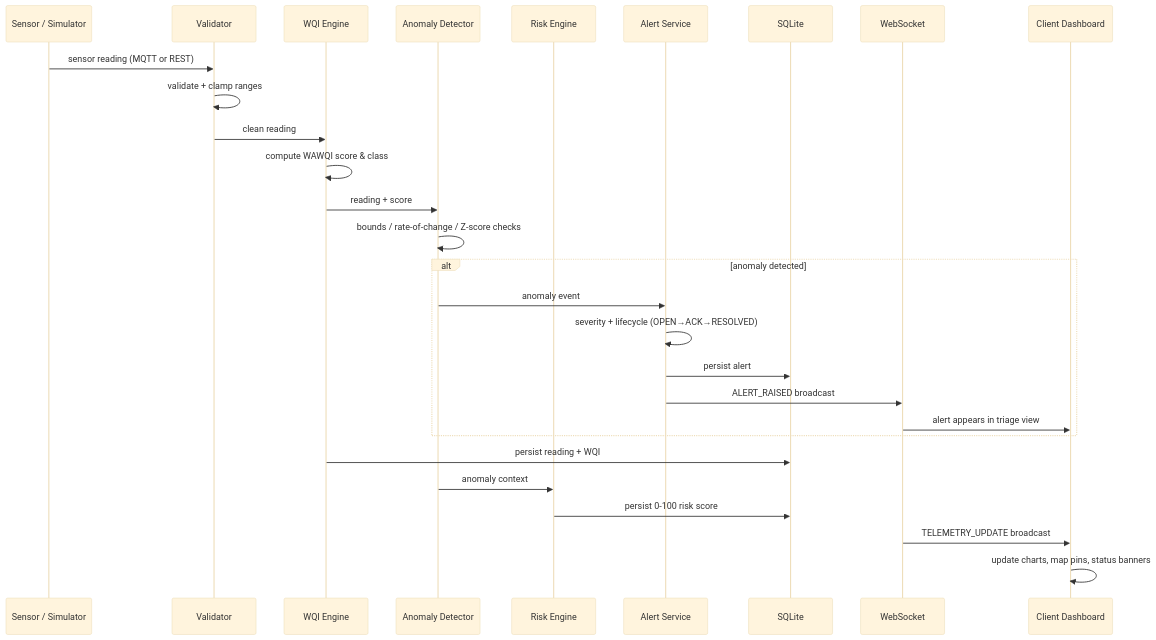
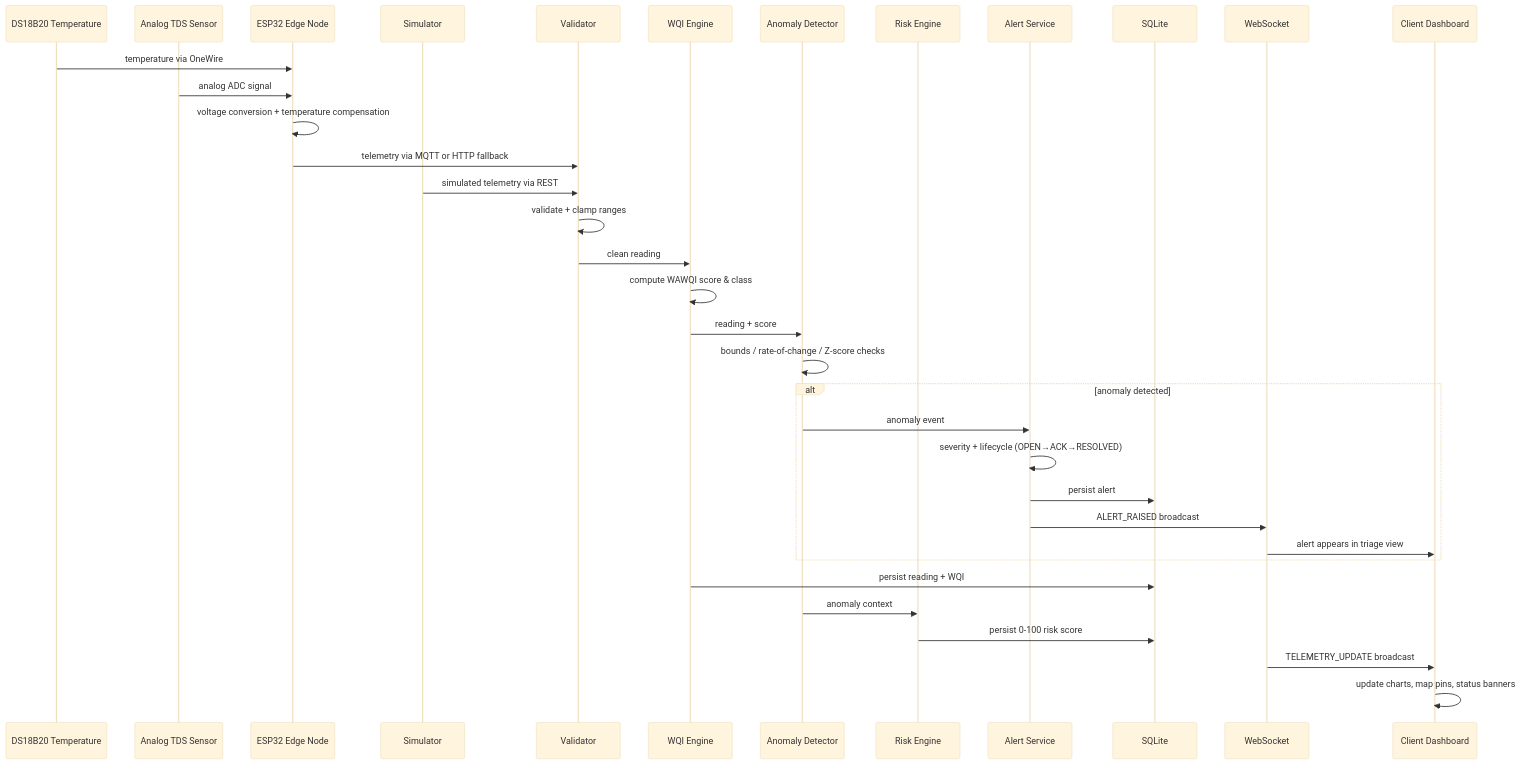
Before and after one commit to Sandhiya0305/wqms: the second of 4 diagrams in README.md, drawn with Mermaid (base theme). The commit also changed other lines of this file and 5 other files, not shown here.

First line of the commit message:
Add simulated TDS generation and roles configuration

````diff
--- a/README.md
+++ b/README.md
@@ -64,31 +73,38 @@
 ```mermaid
 sequenceDiagram
-    participant S as Sensor / Simulator
+    participant T as DS18B20 Temperature
+    participant TDS as Analog TDS Sensor
+    participant E as ESP32 Edge Node
+    participant S as Simulator
     participant V as Validator
     participant W as WQI Engine
     participant A as Anomaly Detector
     participant R as Risk Engine
     participant L as Alert Service
     participant D as SQLite
     participant Ws as WebSocket
     participant C as Client Dashboard
 
-    S->>V: sensor reading (MQTT or REST)
+    T->>E: temperature via OneWire
+    TDS->>E: analog ADC signal
+    E->>E: voltage conversion + temperature compensation
+    E->>V: telemetry via MQTT or HTTP fallback
+    S->>V: simulated telemetry via REST
     V->>V: validate + clamp ranges
     V->>W: clean reading
     W->>W: compute WAWQI score & class
     W->>A: reading + score
     A->>A: bounds / rate-of-change / Z-score checks
     alt anomaly detected
         A->>L: anomaly event
         L->>L: severity + lifecycle (OPEN→ACK→RESOLVED)
         L->>D: persist alert
         L->>Ws: ALERT_RAISED broadcast
         Ws->>C: alert appears in triage view
     end
     W->>D: persist reading + WQI
     A->>R: anomaly context
     R->>D: persist 0-100 risk score
     Ws->>C: TELEMETRY_UPDATE broadcast
     C->>C: update charts, map pins, status banners
 ```
````
